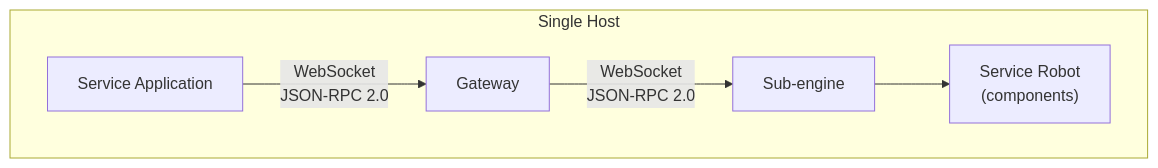
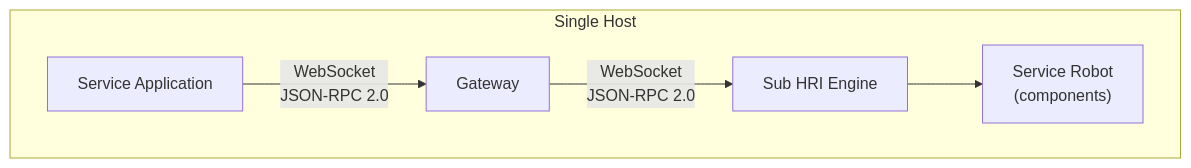
Before and after one commit to openrois/openrois: the second of 5 diagrams in docs/architecture.md, drawn with Mermaid. The commit also changed other lines of this file and 43 other files, not shown here.

````diff
--- a/docs/architecture.md
+++ b/docs/architecture.md
@@ -690,12 +692,12 @@
 ```mermaid
 flowchart TB
     subgraph Host["Single Host"]
         App["Service Application"]
         GW["Gateway"]
-        SubEngine["Sub-engine"]
+        SubEngine["Sub HRI Engine"]
         Robot["Service Robot<br/>(components)"]
         App -->|"WebSocket<br/>JSON-RPC 2.0"| GW
         GW -->|"WebSocket<br/>JSON-RPC 2.0"| SubEngine
         SubEngine --> Robot
     end
 ```
````
